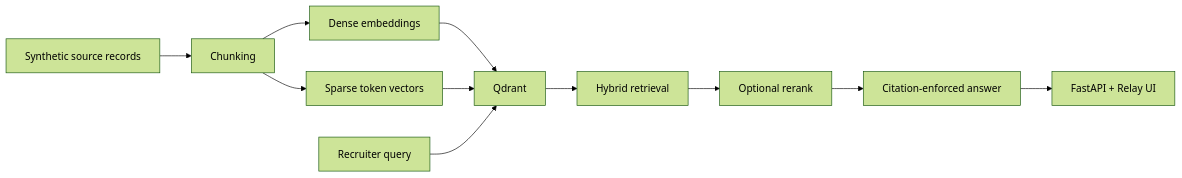
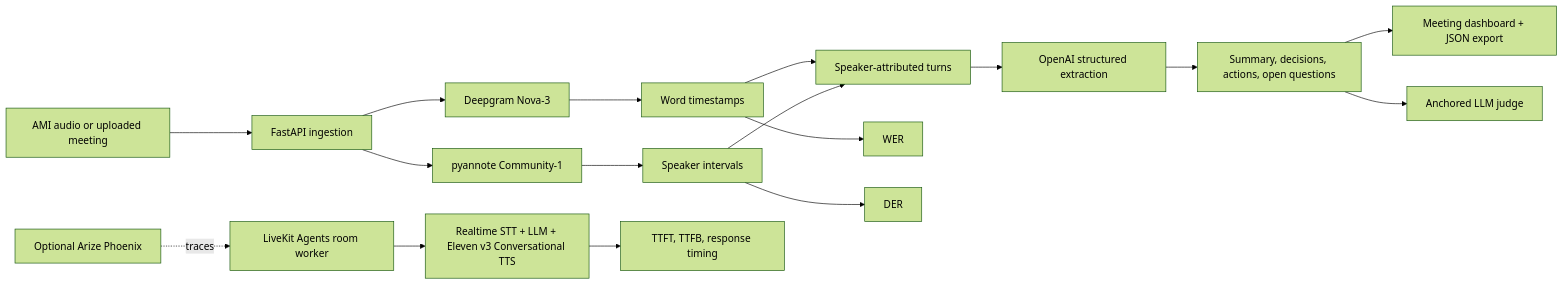
Before and after one commit to vishnuvb5991-spec/Conversation-intelligence-system: the diagram in README.md, drawn with Mermaid (forest theme). The commit also changed other lines of this file and 35 other files, not shown here.

````diff
--- a/README.md
+++ b/README.md
@@ -19,13 +16,19 @@
 ```mermaid
 flowchart LR
-  A[Synthetic source records] --> B[Chunking]
-  B --> C[Dense embeddings]
-  B --> D[Sparse token vectors]
-  C --> E[Qdrant]
-  D --> E
-  Q[Recruiter query] --> E
-  E --> F[Hybrid retrieval]
-  F --> G[Optional rerank]
-  G --> H[Citation-enforced answer]
-  H --> I[FastAPI + Relay UI]
+  A[AMI audio or uploaded meeting] --> B[FastAPI ingestion]
+  B --> C[Deepgram Nova-3]
+  B --> D[pyannote Community-1]
+  C --> E[Word timestamps]
+  D --> F[Speaker intervals]
+  E --> G[Speaker-attributed turns]
+  F --> G
+  G --> H[OpenAI structured extraction]
+  H --> I[Summary, decisions, actions, open questions]
+  I --> J[Meeting dashboard + JSON export]
+  E --> K[WER]
+  F --> L[DER]
+  I --> M[Anchored LLM judge]
+  N[LiveKit Agents room worker] --> O[Realtime STT + LLM + Eleven v3 Conversational TTS]
+  O --> P[TTFT, TTFB, response timing]
+  Q[Optional Arize Phoenix] -. traces .-> N
 ```
````
